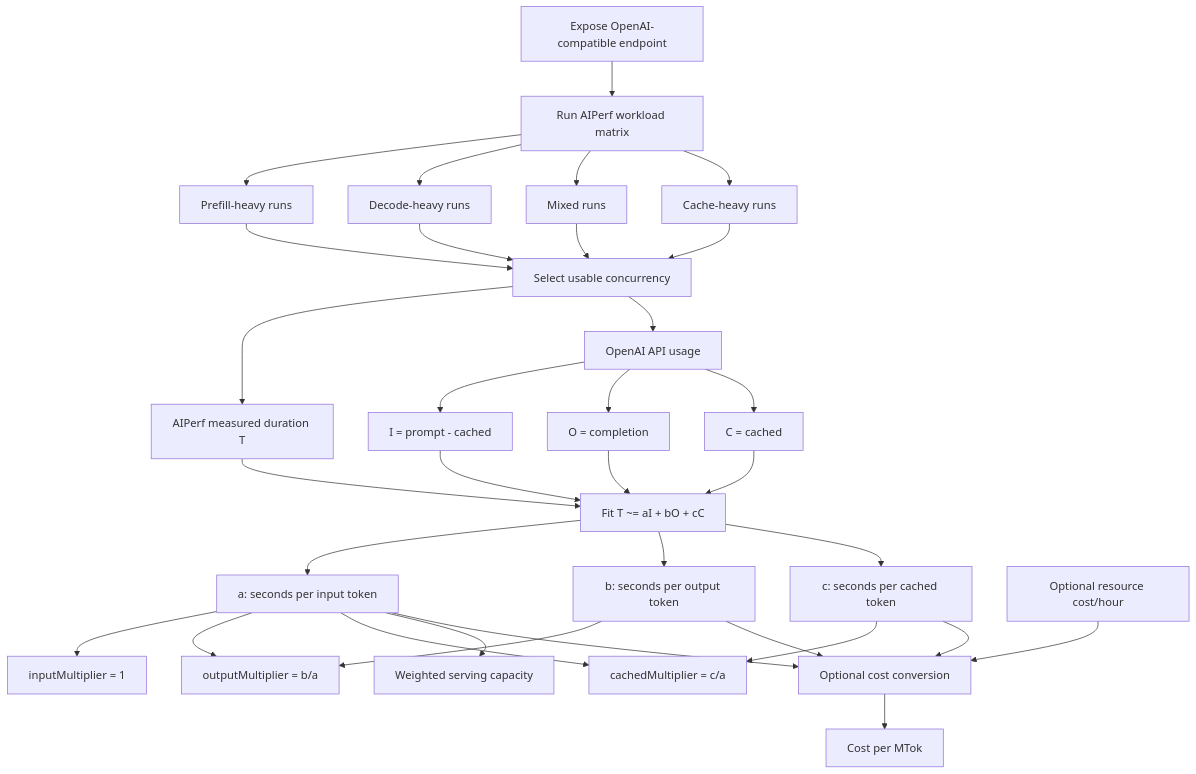
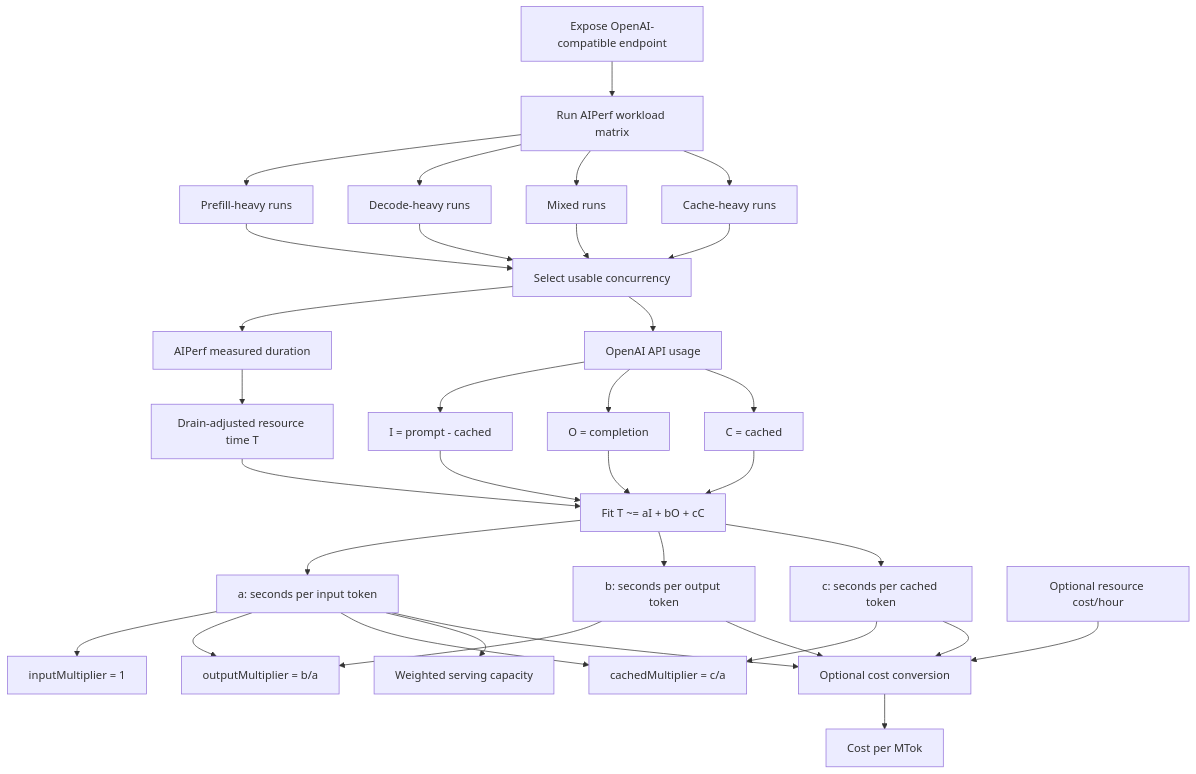
Before and after one commit to emolinaro/perf2price: the fourth of 4 diagrams in README.md, drawn with Mermaid. The commit also changed other lines of this file and 3 other files, not shown here.

````diff
--- a/README.md
+++ b/README.md
@@ -1135,45 +1134,47 @@
 ```mermaid
 flowchart TD
     A[Expose OpenAI-compatible endpoint] --> B[Run AIPerf workload matrix]
 
     B --> C[Prefill-heavy runs]
     B --> D[Decode-heavy runs]
     B --> E[Mixed runs]
     B --> F[Cache-heavy runs]
 
     C --> G[Select usable concurrency]
     D --> G
     E --> G
     F --> G
 
-    G --> H[AIPerf measured duration T]
+    G --> H[AIPerf measured duration]
     G --> I[OpenAI API usage]
+
+    H --> HA[Drain-adjusted resource time T]
 
     I --> J[I = prompt - cached]
     I --> K[O = completion]
     I --> L[C = cached]
 
-    H --> M[Fit T ~= aI + bO + cC]
+    HA --> M[Fit T ~= aI + bO + cC]
     J --> M
     K --> M
     L --> M
 
     M --> N[a: seconds per input token]
     M --> O[b: seconds per output token]
     M --> P[c: seconds per cached token]
 
     N --> Q[inputMultiplier = 1]
     N --> R[outputMultiplier = b/a]
     O --> R
     N --> S[cachedMultiplier = c/a]
     P --> S
 
     N --> T[Weighted serving capacity]
 
     U[Optional resource cost/hour] --> V[Optional cost conversion]
     N --> V
     O --> V
     P --> V
 
     V --> W[Cost per MTok]
 ```
````
